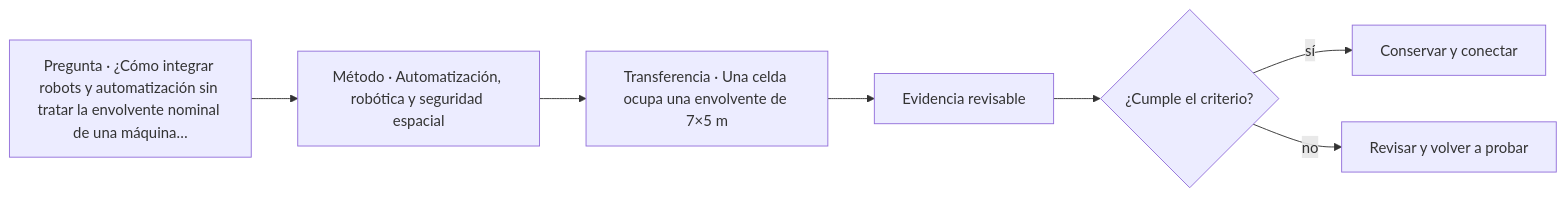
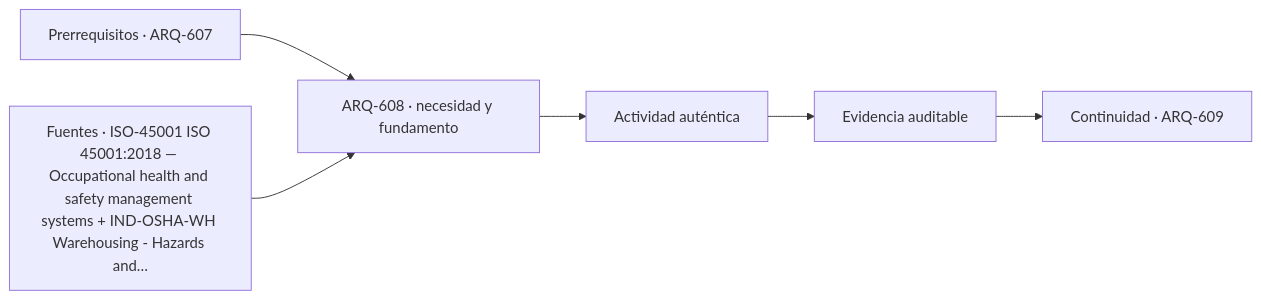
The diagram in classes/parte-61/ARQ-608.md (vladimiracunadev-create/architecture-built-environment-learning-program), drawn with Mermaid before and after one commit. The commit also changed other lines of this file and 761 other files, not shown here.

````diff
--- a/classes/parte-61/ARQ-608.md
+++ b/classes/parte-61/ARQ-608.md
@@ -111,9 +123,8 @@
 ```mermaid
 flowchart LR
-    Q["Pregunta · ¿Cómo integrar robots y automatización sin tratar la envolvente nominal de una máquina…"] --> M["Método · Automatización, robótica y seguridad espacial"]
-    M --> P["Transferencia · Una celda ocupa una envolvente de 7×5 m"]
-    P --> E["Evidencia revisable"]
-    E --> C{"¿Cumple el criterio?"}
-    C -->|sí| T["Conservar y conectar"]
-    C -->|no| R["Revisar y volver a probar"]
+    A["Prerrequisitos · ARQ-607"] --> B["ARQ-608 · necesidad y fundamento"]
+    S["Fuentes · ISO-45001 ISO 45001:2018 — Occupational health and safety management systems + IND-OSHA-WH Warehousing - Hazards and…"] --> B
+    B --> C["Actividad auténtica"]
+    C --> D["Evidencia auditable"]
+    D --> E["Continuidad · ARQ-609"]
 ```
````
